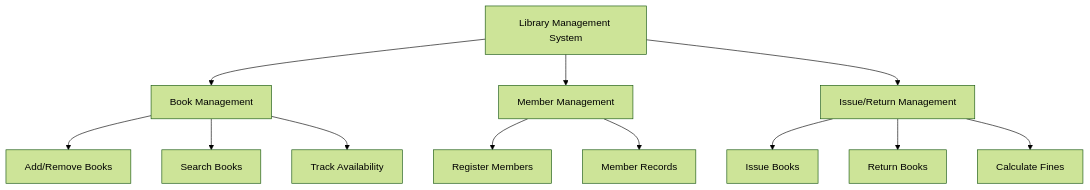
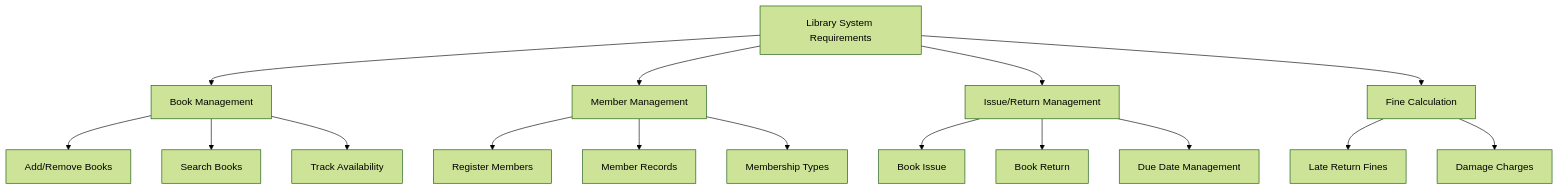
One commit to nishant-iith/Roadmap-Learning changed the ninth of 11 diagrams in Fast Revision/01_OOPS_CPP_LLD.md. Above: the diagram before and after it, drawn with Mermaid (forest theme). The commit also changed other lines of this file and 2 other files, not shown here.

````diff
--- a/Fast Revision/01_OOPS_CPP_LLD.md
+++ b/Fast Revision/01_OOPS_CPP_LLD.md
@@ -671,17 +258,22 @@
 ```mermaid
 graph TD
-    A["Library Management System"] --> B["Book Management"]
+    A["Library System Requirements"] --> B["Book Management"]
     A --> C["Member Management"]
     A --> D["Issue/Return Management"]
+    A --> E["Fine Calculation"]
 
-    B --> E["Add/Remove Books"]
-    B --> F["Search Books"]
-    B --> G["Track Availability"]
+    B --> F["Add/Remove Books"]
+    B --> G["Search Books"]
+    B --> H["Track Availability"]
 
-    C --> H["Register Members"]
-    C --> I["Member Records"]
+    C --> I["Register Members"]
+    C --> J["Member Records"]
+    C --> K["Membership Types"]
 
-    D --> J["Issue Books"]
-    D --> K["Return Books"]
-    D --> L["Calculate Fines"]
+    D --> L["Book Issue"]
+    D --> M["Book Return"]
+    D --> N["Due Date Management"]
+
+    E --> O["Late Return Fines"]
+    E --> P["Damage Charges"]
 ```
````
